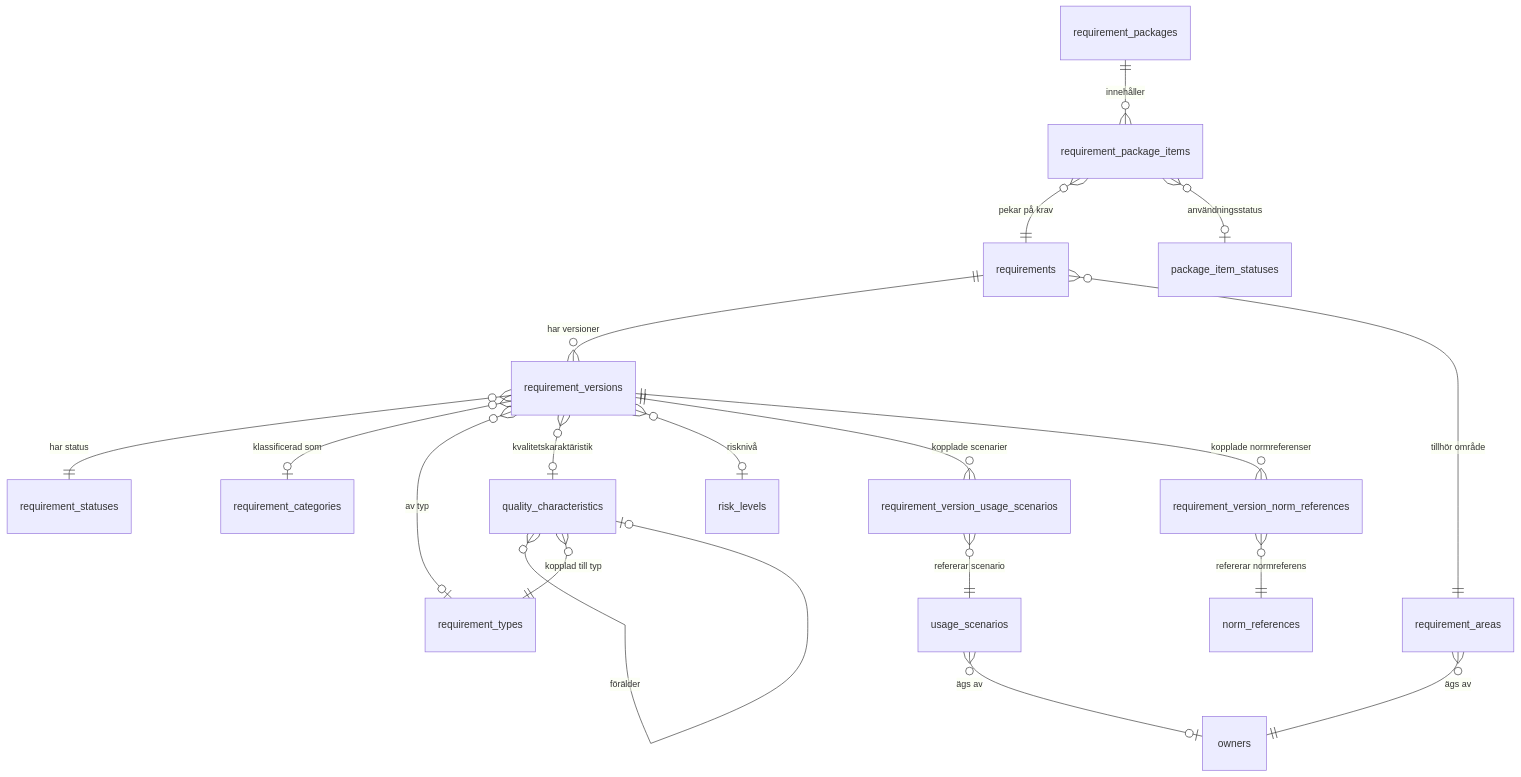
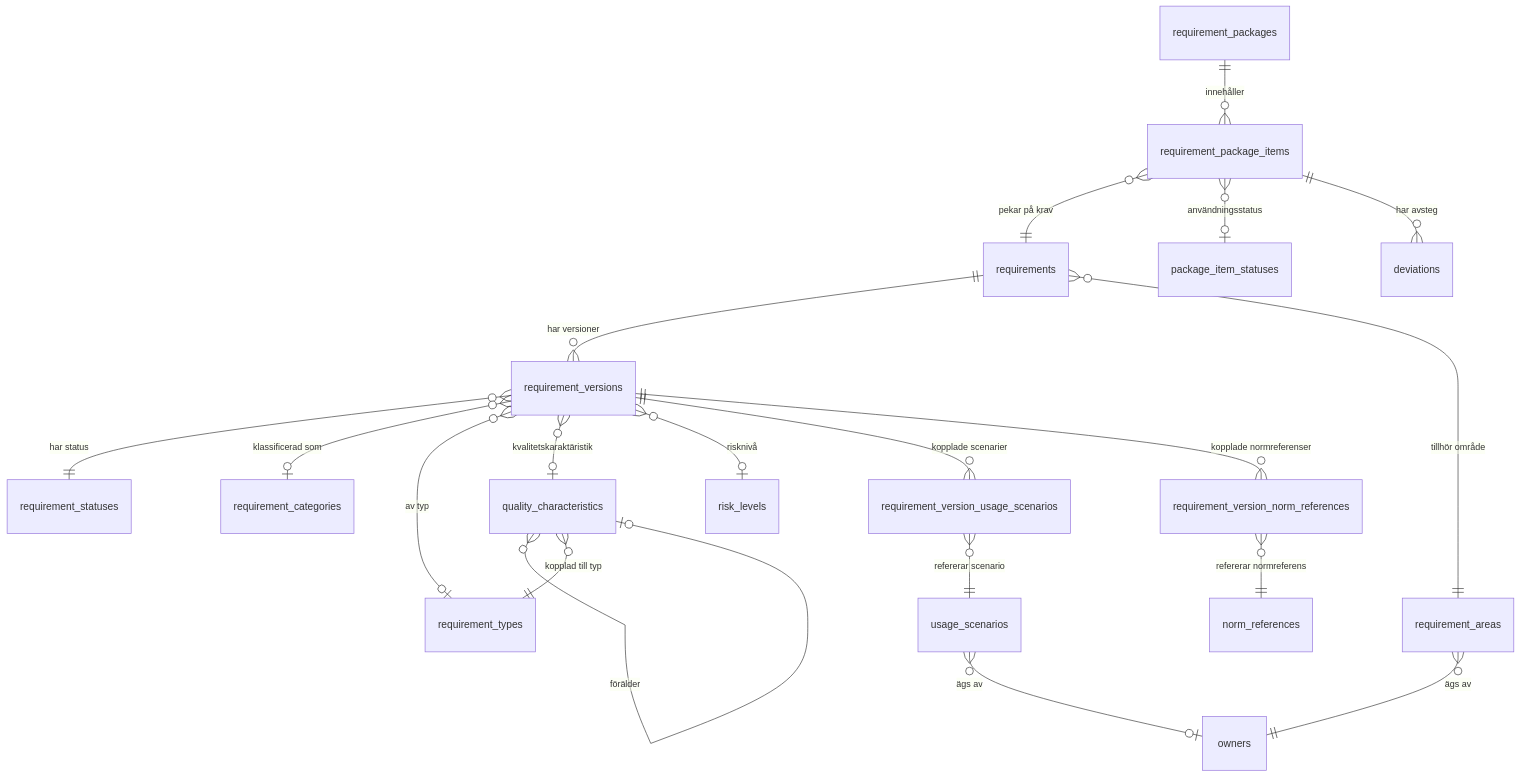
The fourth of 4 diagrams in docs/arkitekturbeskrivning-kravhantering.md (viscalyx/Kravhantering), drawn with Mermaid before and after one commit. The commit also changed 44 other files, not shown here.

````diff
--- a/docs/arkitekturbeskrivning-kravhantering.md
+++ b/docs/arkitekturbeskrivning-kravhantering.md
@@ -534,21 +534,22 @@
 ```mermaid
 erDiagram
     requirements ||--o{ requirement_versions : "har versioner"
     requirements }o--|| requirement_areas : "tillhör område"
     requirement_versions }o--|| requirement_statuses : "har status"
     requirement_versions }o--o| requirement_categories : "klassificerad som"
     requirement_versions }o--o| requirement_types : "av typ"
     requirement_versions }o--o| quality_characteristics : "kvalitetskaraktäristik"
     requirement_versions }o--o| risk_levels : "risknivå"
     requirement_versions ||--o{ requirement_version_usage_scenarios : "kopplade scenarier"
     requirement_version_usage_scenarios }o--|| usage_scenarios : "refererar scenario"
     requirement_versions ||--o{ requirement_version_norm_references : "kopplade normreferenser"
     requirement_version_norm_references }o--|| norm_references : "refererar normreferens"
     requirement_areas }o--|| owners : "ägs av"
     usage_scenarios }o--o| owners : "ägs av"
     quality_characteristics }o--o| quality_characteristics : "förälder"
     quality_characteristics }o--|| requirement_types : "kopplad till typ"
     requirement_packages ||--o{ requirement_package_items : "innehåller"
     requirement_package_items }o--|| requirements : "pekar på krav"
     requirement_package_items }o--o| package_item_statuses : "användningsstatus"
+    requirement_package_items ||--o{ deviations : "har avsteg"
 ```
````
